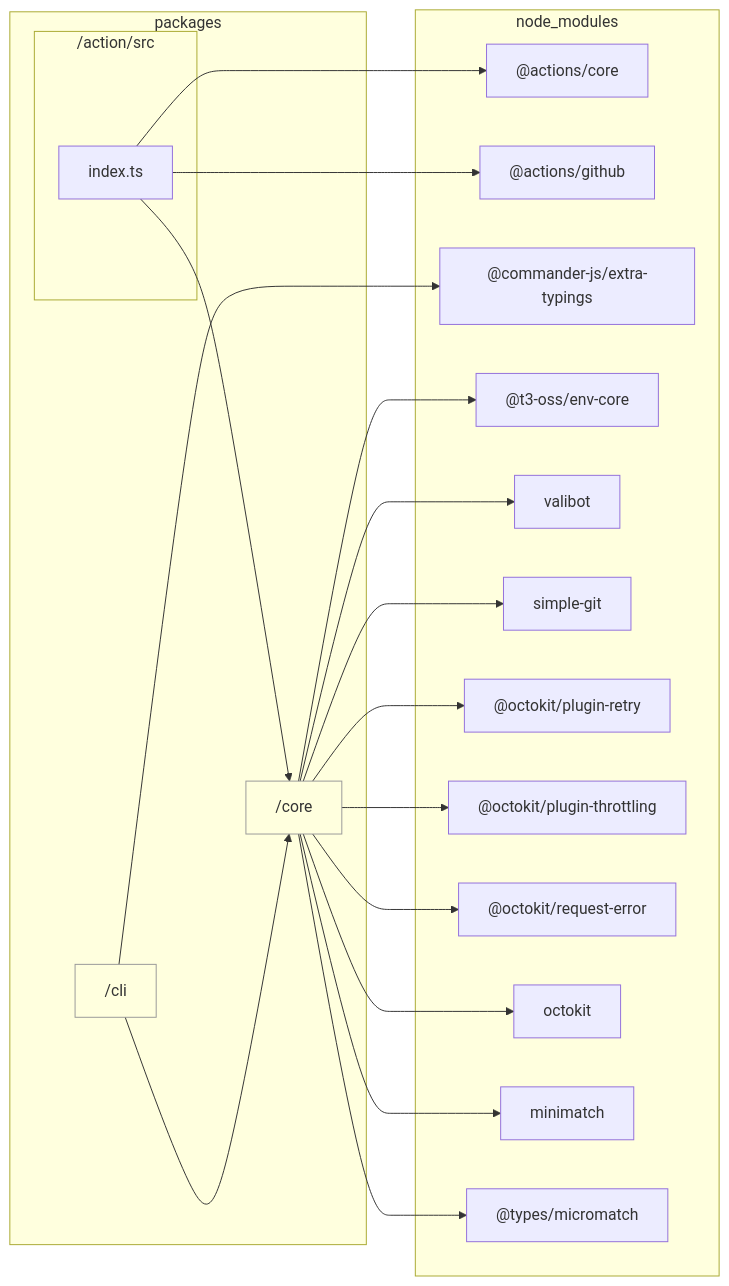
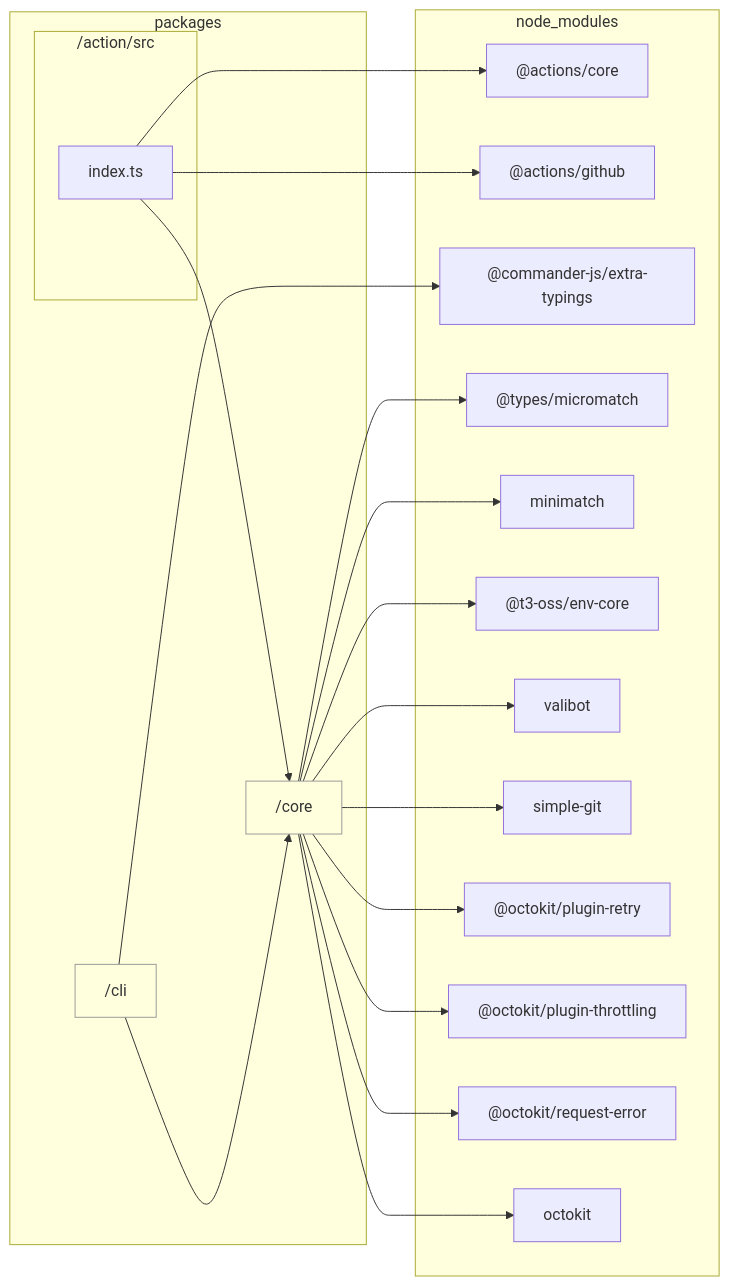
The diagram in docs/reports/dependencies/action.md (sugurutakahashi-1234/issue-linker), drawn with Mermaid before and after one commit. The commit also changed other lines of this file and 15 other files, not shown here.

````diff
--- a/docs/reports/dependencies/action.md
+++ b/docs/reports/dependencies/action.md
@@ -7,39 +7,39 @@
 ```mermaid
 flowchart LR
     classDef dir fill:#0000,stroke:#999
     subgraph packages["packages"]
         packages/core["/core"]:::dir
         packages/cli["/cli"]:::dir
         subgraph packages/action/src["/action/src"]
             packages/action/src/index.ts["index.ts"]
         end
     end
     subgraph node//modules["node_modules"]
         node//modules///actions/core/lib/core.d.ts["@actions/core"]
         node//modules///actions/github/lib/github.d.ts["@actions/github"]
         node//modules///commander//js/extra//typings/index.d.ts["@commander-js/extra-typings"]
+        node//modules///types/micromatch/index.d.ts["@types/micromatch"]
+        node//modules/minimatch/dist/commonjs/index.d.ts["minimatch"]
         node//modules///t3//oss/env//core/dist/index.d.ts["@t3-oss/env-core"]
         node//modules/valibot/dist/index.d.cts["valibot"]
         node//modules/simple//git/dist/typings/index.d.ts["simple-git"]
         node//modules///octokit/plugin//retry/dist//types/index.d.ts["@octokit/plugin-retry"]
         node//modules///octokit/plugin//throttling/dist//types/index.d.ts["@octokit/plugin-throttling"]
         node//modules///octokit/request//error/dist//types/index.d.ts["@octokit/request-error"]
         node//modules/octokit/dist//types/index.d.ts["octokit"]
-        node//modules/minimatch/dist/commonjs/index.d.ts["minimatch"]
-        node//modules///types/micromatch/index.d.ts["@types/micromatch"]
     end
     packages/action/src/index.ts-->node//modules///actions/core/lib/core.d.ts
     packages/action/src/index.ts-->node//modules///actions/github/lib/github.d.ts
     packages/action/src/index.ts-->packages/core
     packages/cli-->node//modules///commander//js/extra//typings/index.d.ts
     packages/cli-->packages/core
+    packages/core-->node//modules///types/micromatch/index.d.ts
+    packages/core-->node//modules/minimatch/dist/commonjs/index.d.ts
     packages/core-->node//modules///t3//oss/env//core/dist/index.d.ts
     packages/core-->node//modules/valibot/dist/index.d.cts
     packages/core-->node//modules/simple//git/dist/typings/index.d.ts
     packages/core-->node//modules///octokit/plugin//retry/dist//types/index.d.ts
     packages/core-->node//modules///octokit/plugin//throttling/dist//types/index.d.ts
     packages/core-->node//modules///octokit/request//error/dist//types/index.d.ts
     packages/core-->node//modules/octokit/dist//types/index.d.ts
-    packages/core-->node//modules/minimatch/dist/commonjs/index.d.ts
-    packages/core-->node//modules///types/micromatch/index.d.ts
 ```
````
